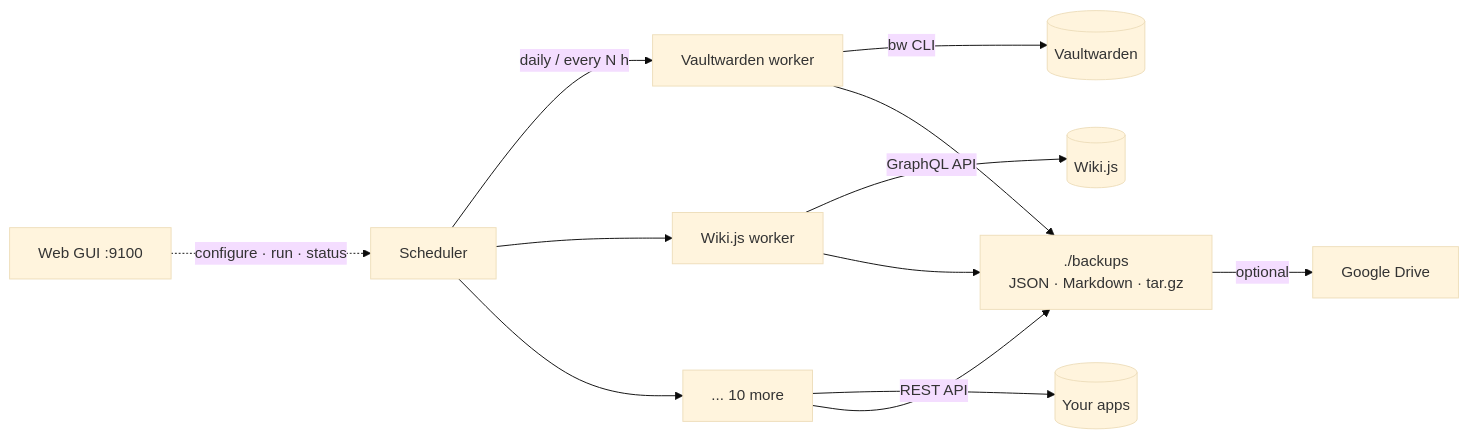
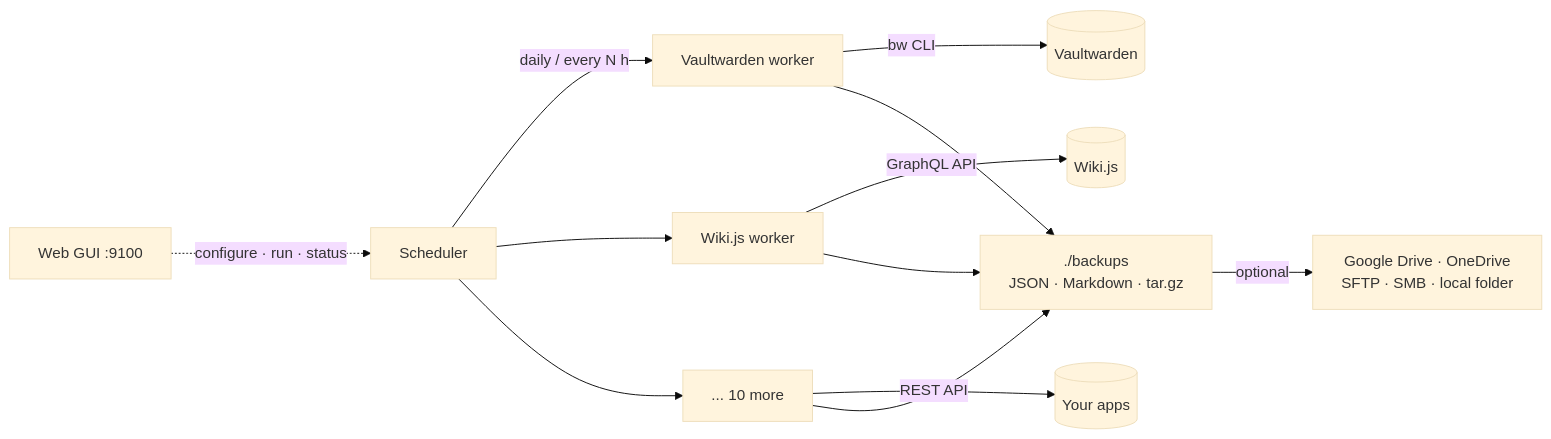
Before and after one commit to alws34/DockerBackups: the diagram in README.md, drawn with Mermaid (base theme). The commit also changed other lines of this file and 8 other files, not shown here.

````diff
--- a/README.md
+++ b/README.md
@@ -102,12 +119,12 @@
 ```mermaid
 flowchart LR
     S[Scheduler] -->|daily / every N h| W1[Vaultwarden worker]
     S --> W2[Wiki.js worker]
     S --> W3[... 10 more]
     W1 -->|bw CLI| A1[(Vaultwarden)]
     W2 -->|GraphQL API| A2[(Wiki.js)]
     W3 -->|REST API| A3[(Your apps)]
     W1 & W2 & W3 --> L[./backups<br/>JSON · Markdown · tar.gz]
-    L -->|optional| G[Google Drive]
+    L -->|optional| G[Google Drive · OneDrive<br/>SFTP · SMB · local folder]
     UI[Web GUI :9100] -.->|configure · run · status| S
 ```
````
